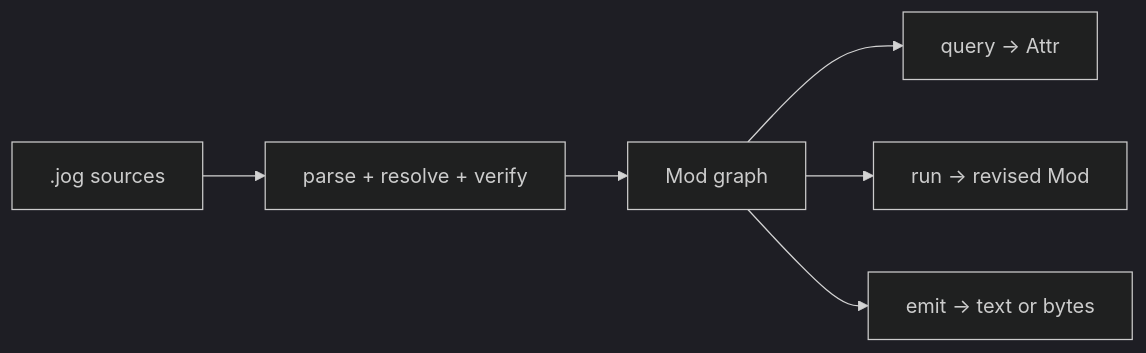
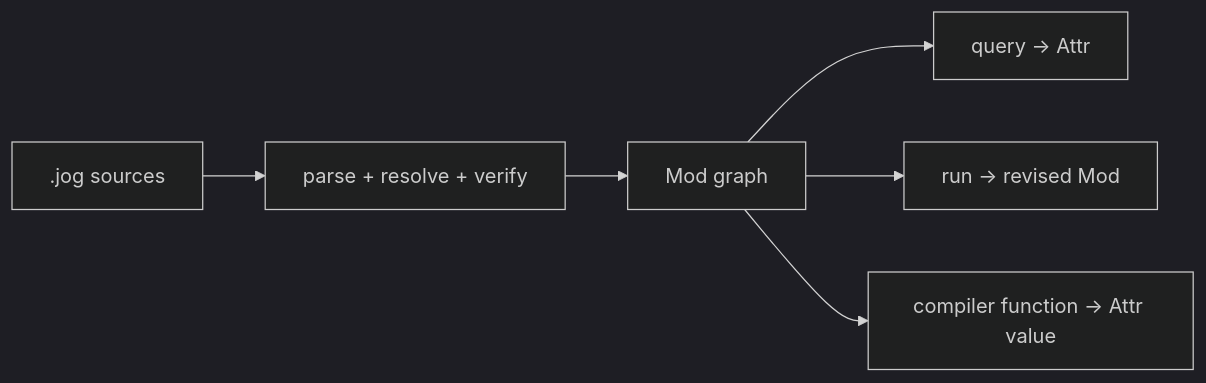
One commit to lancerstadium/joggle changed the first of 2 diagrams in docs/compiler/index.md. Above: the diagram before and after it, drawn with Mermaid (dark theme). The commit also changed other lines of this file and 10 other files, not shown here.

Commit message:
separate core architecture from bundled mods

````diff
--- a/docs/compiler/index.md
+++ b/docs/compiler/index.md
@@ -12,8 +12,8 @@
 ```mermaid
 flowchart LR
     S[.jog sources] --> P[parse + resolve + verify]
     P --> G[Mod graph]
     G --> Q[query → Attr]
     G --> R[run → revised Mod]
-    G --> E[emit → text or bytes]
+    G --> E[compiler function → Attr value]
 ```
````
